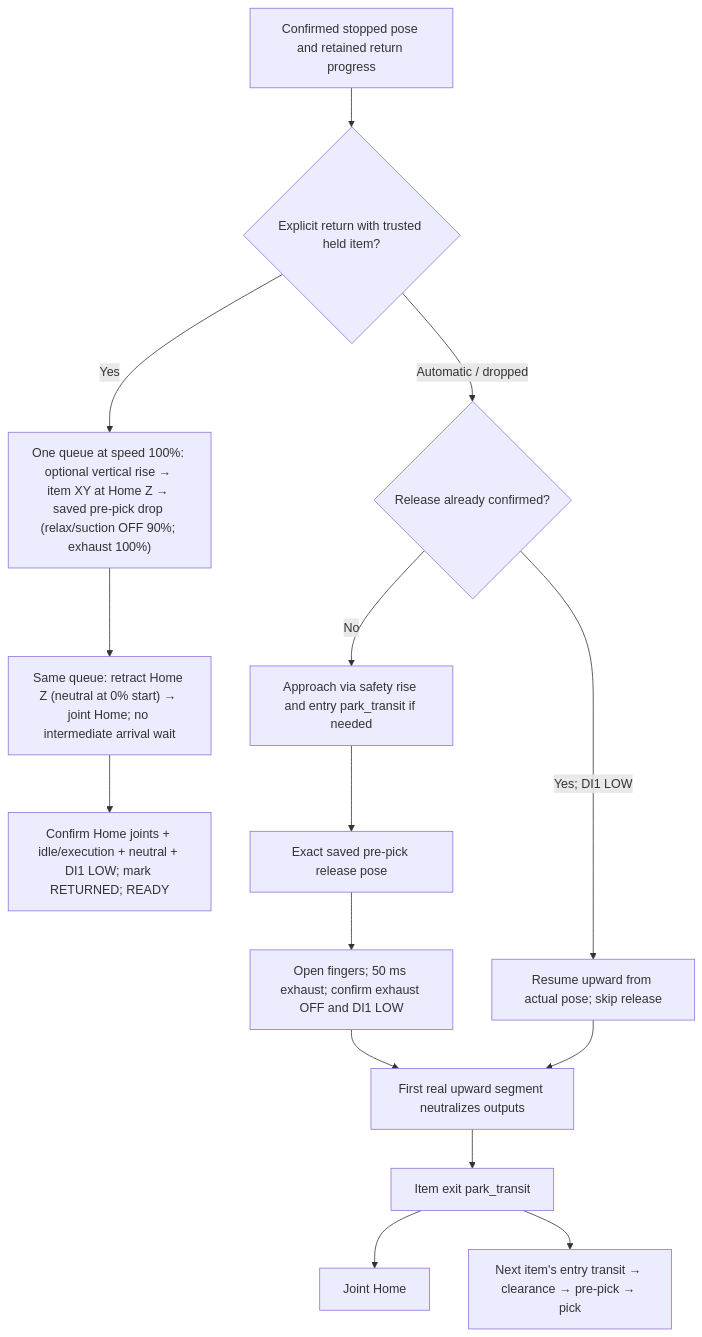
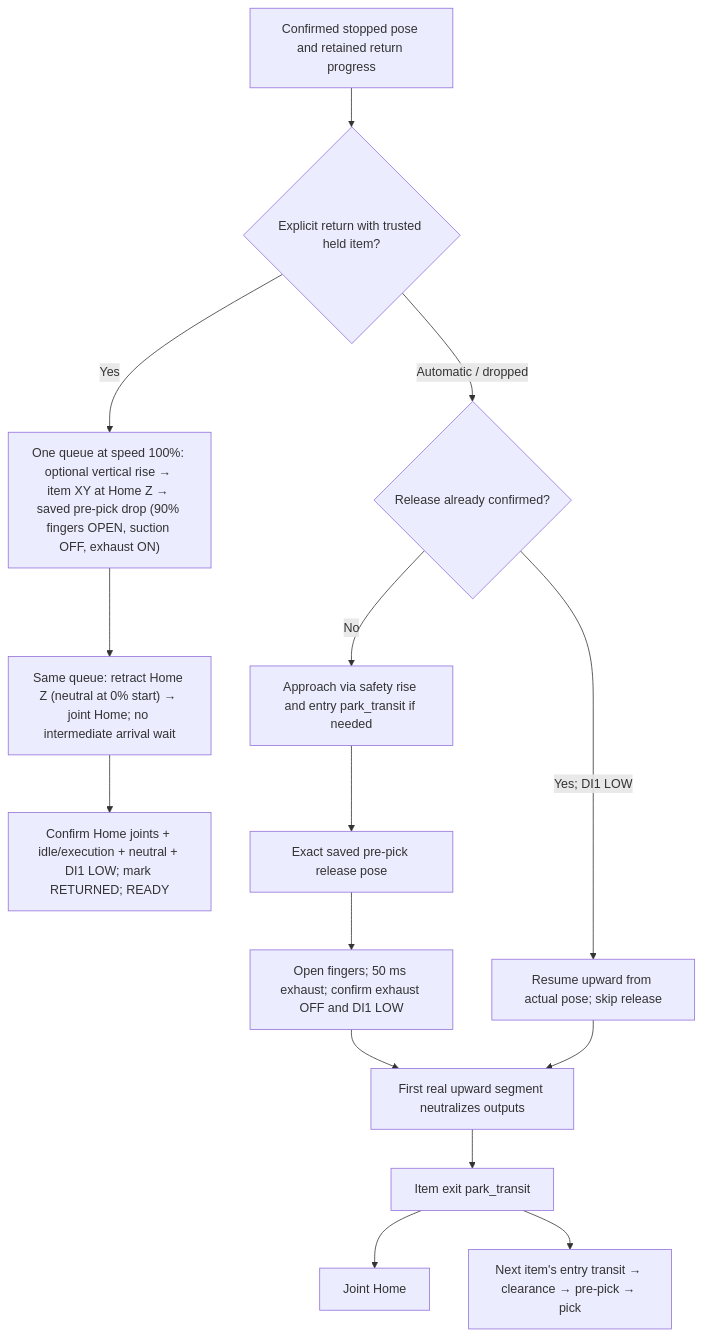
One commit to esgange/dobot_picknplace_yolo changed the ninth of 9 diagrams in docs/ROBOT_CONTROLLER_FSM.md. Above: the diagram before and after it, drawn with Mermaid. The commit also changed other lines of this file and 10 other files, not shown here.

Commit message:
Open fingers and trigger exhaust at 90 percent of descent

````diff
--- a/docs/ROBOT_CONTROLLER_FSM.md
+++ b/docs/ROBOT_CONTROLLER_FSM.md
@@ -897,17 +897,17 @@
 ```mermaid
 flowchart TD
     Start["Confirmed stopped pose and retained return progress"] --> Kind{"Explicit return with trusted held item?"}
-    Kind -->|Yes| Queue["One queue at speed 100%: optional vertical rise → item XY at Home Z → saved pre-pick drop (relax/suction OFF 90%; exhaust 100%)"]
+    Kind -->|Yes| Queue["One queue at speed 100%: optional vertical rise → item XY at Home Z → saved pre-pick drop (90% fingers OPEN, suction OFF, exhaust ON)"]
     Queue --> Return["Same queue: retract Home Z (neutral at 0% start) → joint Home; no intermediate arrival wait"]
     Return --> Done["Confirm Home joints + idle/execution + neutral + DI1 LOW; mark RETURNED; READY"]
     Kind -->|Automatic / dropped| Released{"Release already confirmed?"}
     Released -->|No| Up["Approach via safety rise and entry park_transit if needed"]
     Up --> Release["Exact saved pre-pick release pose"]
     Release --> Pulse["Open fingers; 50 ms exhaust; confirm exhaust OFF and DI1 LOW"]
     Pulse --> Retreat["First real upward segment neutralizes outputs"]
     Released -->|Yes; DI1 LOW| Resume["Resume upward from actual pose; skip release"]
     Resume --> Retreat
     Retreat --> Exit["Item exit park_transit"]
     Exit --> Home["Joint Home"]
     Exit --> Next["Next item's entry transit → clearance → pre-pick → pick"]
 ```
````
